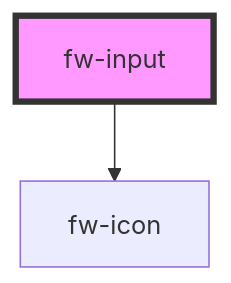
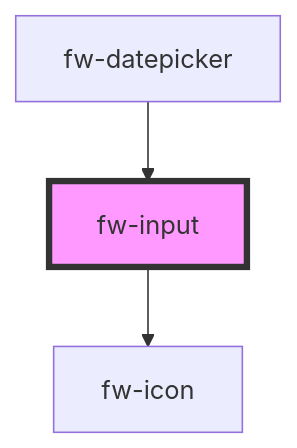
Before and after one commit to freshworks/crayons: the diagram in src/components/input/readme.md, drawn with Mermaid. The commit also changed other lines of this file and 10 other files, not shown here.

````diff
--- a/src/components/input/readme.md
+++ b/src/components/input/readme.md
@@ -101,5 +105,6 @@
 ```mermaid
 graph TD;
   fw-input --> fw-icon
+  fw-datepicker --> fw-input
   style fw-input fill:#f9f,stroke:#333,stroke-width:4px
 ```
````
